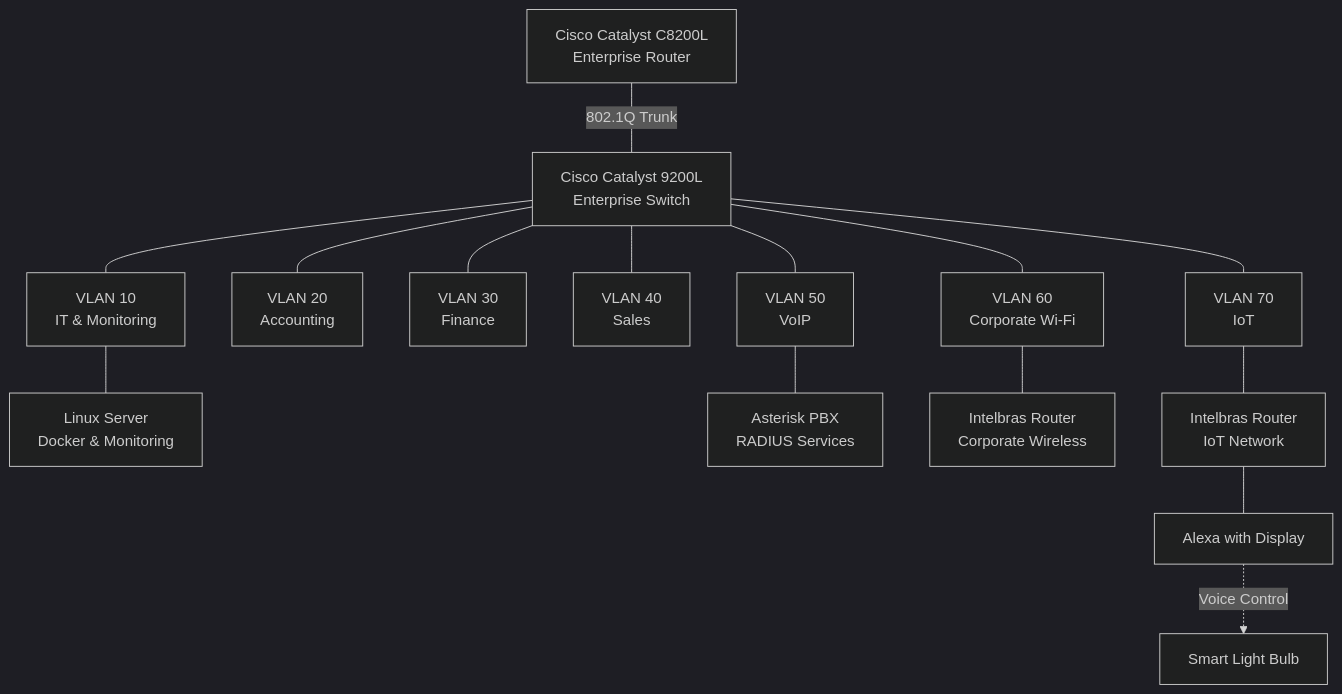
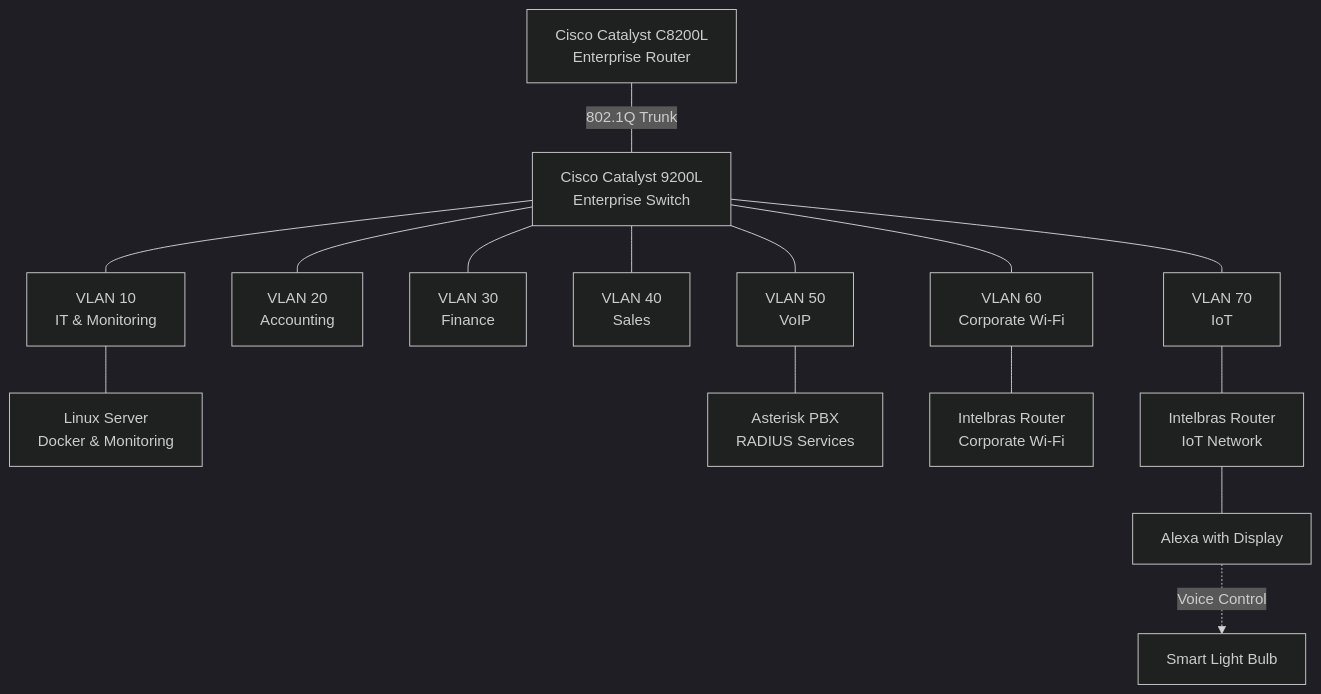
Before and after one commit to kayo-willian/enterprise-noc-from-scratch: the first of 2 diagrams in docs/architecture/infrastructure-overview.md, drawn with Mermaid (dark theme). The commit also changed other lines of this file, not shown here.

````diff
--- a/docs/architecture/infrastructure-overview.md
+++ b/docs/architecture/infrastructure-overview.md
@@ -13,26 +19,24 @@
 ```mermaid
 flowchart TB
     R["Cisco Catalyst C8200L<br/>Enterprise Router"]
     SW["Cisco Catalyst 9200L<br/>Enterprise Switch"]
 
     R ---|"802.1Q Trunk"| SW
 
     SW --- V10["VLAN 10<br/>IT & Monitoring"]
     SW --- V20["VLAN 20<br/>Accounting"]
     SW --- V30["VLAN 30<br/>Finance"]
     SW --- V40["VLAN 40<br/>Sales"]
     SW --- V50["VLAN 50<br/>VoIP"]
     SW --- V60["VLAN 60<br/>Corporate Wi-Fi"]
     SW --- V70["VLAN 70<br/>IoT"]
 
-    V10 --- NOC["Linux Server<br/>Docker & Monitoring"]
-
+    V10 --- SERVER["Linux Server<br/>Docker & Monitoring"]
     V50 --- PBX["Asterisk PBX<br/>RADIUS Services"]
 
-    V60 --- WIFI["Intelbras Router<br/>Corporate Wireless"]
-
+    V60 --- WIFI["Intelbras Router<br/>Corporate Wi-Fi"]
     V70 --- IOT["Intelbras Router<br/>IoT Network"]
 
     IOT --- ALEXA["Alexa with Display"]
     ALEXA -.->|"Voice Control"| LIGHT["Smart Light Bulb"]
 ```
````
